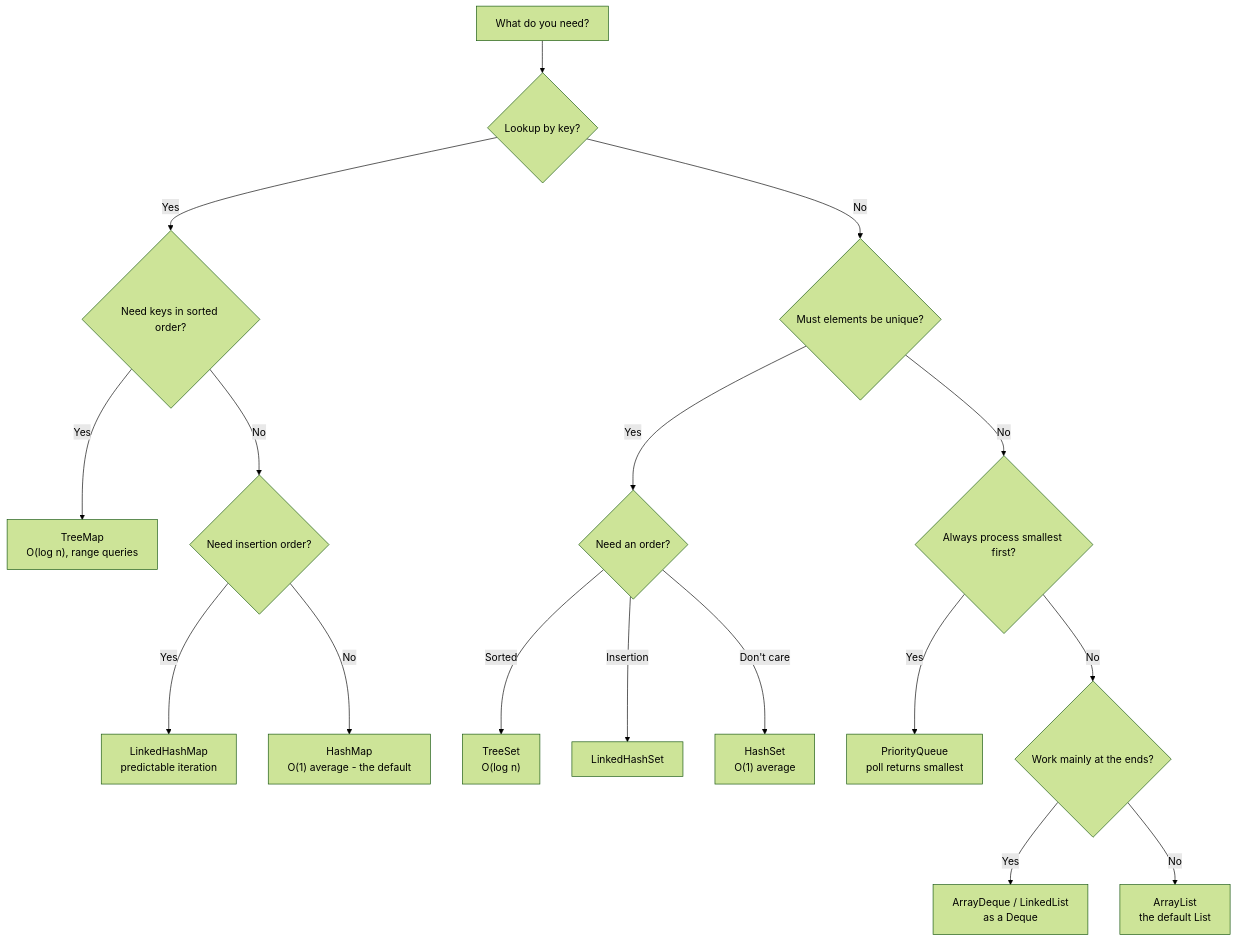
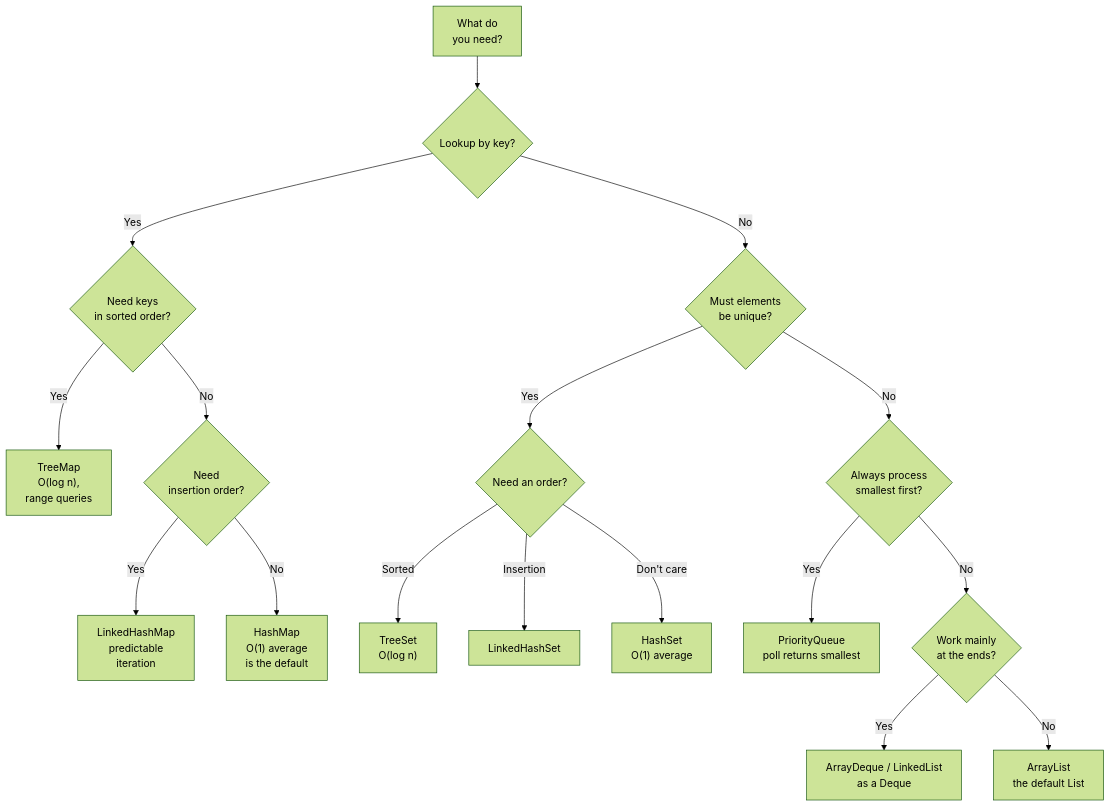
The first of 2 diagrams in notes/shared/mind maps/collections.md (nmcguinness/L8-OOP-Module-Content), drawn with Mermaid before and after one commit. The commit also changed other lines of this file and 421 other files, not shown here.

Commit message:
Updated mermaid diagrams and note layout for topics 9-24.

````diff
--- a/notes/shared/mind maps/collections.md
+++ b/notes/shared/mind maps/collections.md
@@ -17,24 +11,24 @@
 ```mermaid
 %%{init: { "theme": "forest" }}%%
 flowchart TD
     accTitle: Choosing a Java collection
     accDescr: A decision tree. First ask whether you need lookup by key: if so choose TreeMap for sorted keys, LinkedHashMap for insertion order, otherwise HashMap. If not, ask whether elements must be unique: if so choose TreeSet, LinkedHashSet or HashSet by the order you need. If neither, choose PriorityQueue for smallest-first processing, a Deque for work at the ends, or ArrayList otherwise.
-    A[What do you need?] --> B{Lookup by key?}
-    B -->|Yes| C{Need keys in sorted order?}
-    C -->|Yes| D["TreeMap<br/>O(log n), range queries"]
-    C -->|No| E{Need insertion order?}
-    E -->|Yes| F["LinkedHashMap<br/>predictable iteration"]
-    E -->|No| G["HashMap<br/>O(1) average - the default"]
+    A[What do<br>you need?] --> B{Lookup by key?}
+    B -->|Yes| C{Need keys<br>in sorted order?}
+    C -->|Yes| D["TreeMap<br/>O(log n),<br>range queries"]
+    C -->|No| E{Need<br>insertion order?}
+    E -->|Yes| F["LinkedHashMap<br/>predictable<br>iteration"]
+    E -->|No| G["HashMap<br/>O(1) average<br>is the default"]
 
-    B -->|No| H{Must elements be unique?}
+    B -->|No| H{Must elements<br>be unique?}
     H -->|Yes| I{Need an order?}
     I -->|Sorted| J["TreeSet<br/>O(log n)"]
     I -->|Insertion| K["LinkedHashSet"]
     I -->|Don't care| L["HashSet<br/>O(1) average"]
 
-    H -->|No| M{Always process smallest first?}
+    H -->|No| M{Always process<br>smallest first?}
     M -->|Yes| N["PriorityQueue<br/>poll returns smallest"]
-    M -->|No| O{Work mainly at the ends?}
+    M -->|No| O{Work mainly<br>at the ends?}
     O -->|Yes| P["ArrayDeque / LinkedList<br/>as a Deque"]
     O -->|No| Q["ArrayList<br/>the default List"]
 ```
````
